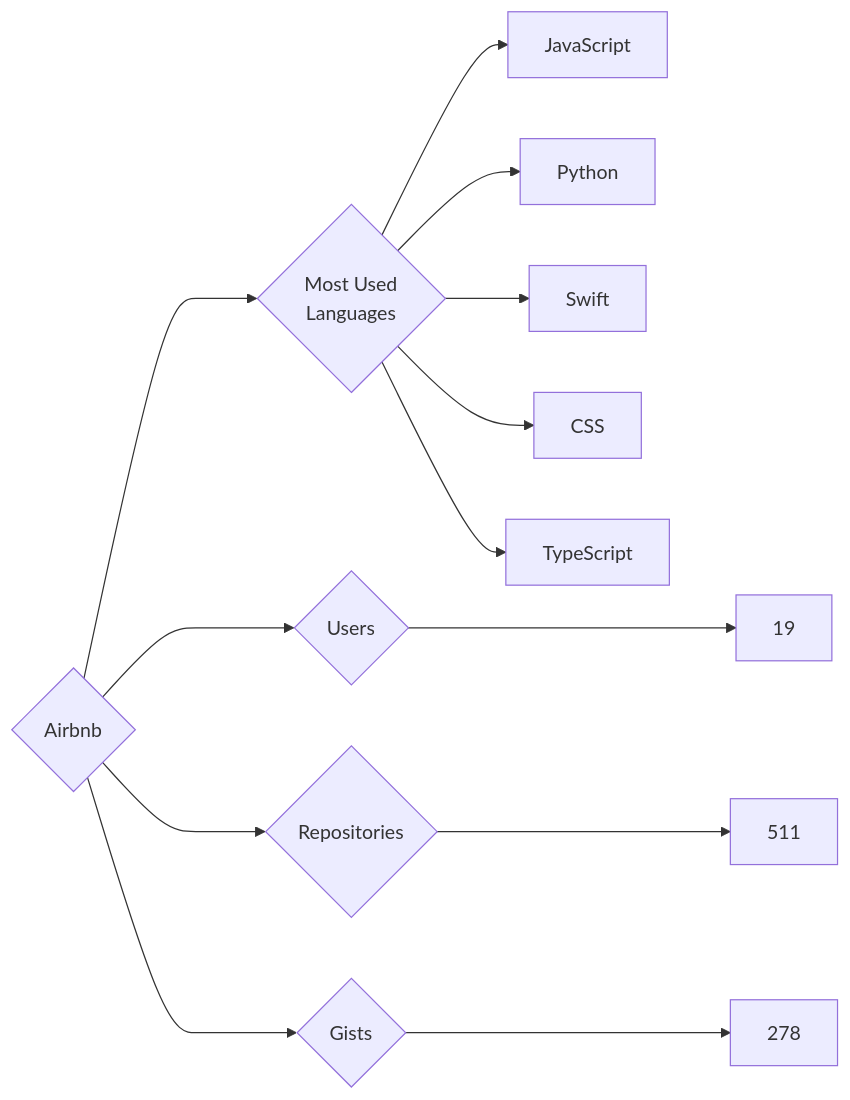
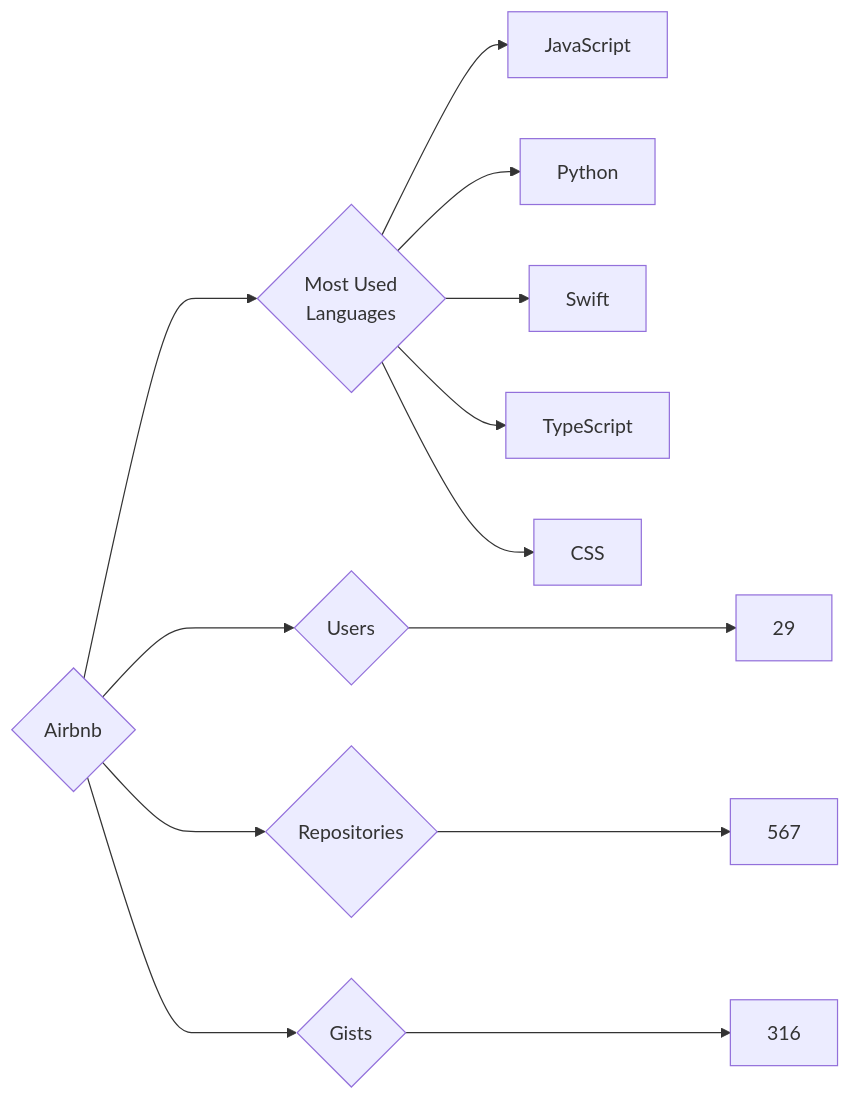
The diagram in targets/Airbnb/README.md (trickest/insiders), drawn with Mermaid before and after one commit. The commit also changed 715 other files, not shown here.

````diff
--- a/targets/Airbnb/README.md
+++ b/targets/Airbnb/README.md
@@ -3,13 +3,13 @@
 ```mermaid
 graph LR
 COMPANY_NAME{Airbnb}
-COMPANY_NAME ---> U{Users} ---> UN[19]
-COMPANY_NAME ---> R{Repositories} ---> RN[511]
-COMPANY_NAME ---> G{Gists} ---> GN[278]
+COMPANY_NAME ---> U{Users} ---> UN[29]
+COMPANY_NAME ---> R{Repositories} ---> RN[567]
+COMPANY_NAME ---> G{Gists} ---> GN[316]
 COMPANY_NAME ---> ML{Most Used<br>Languages}
 ML --> JavaScript[JavaScript]
 ML --> Python[Python]
 ML --> Swift[Swift]
+ML --> TypeScript[TypeScript]
 ML --> CSS[CSS]
-ML --> TypeScript[TypeScript]
 ```
````
